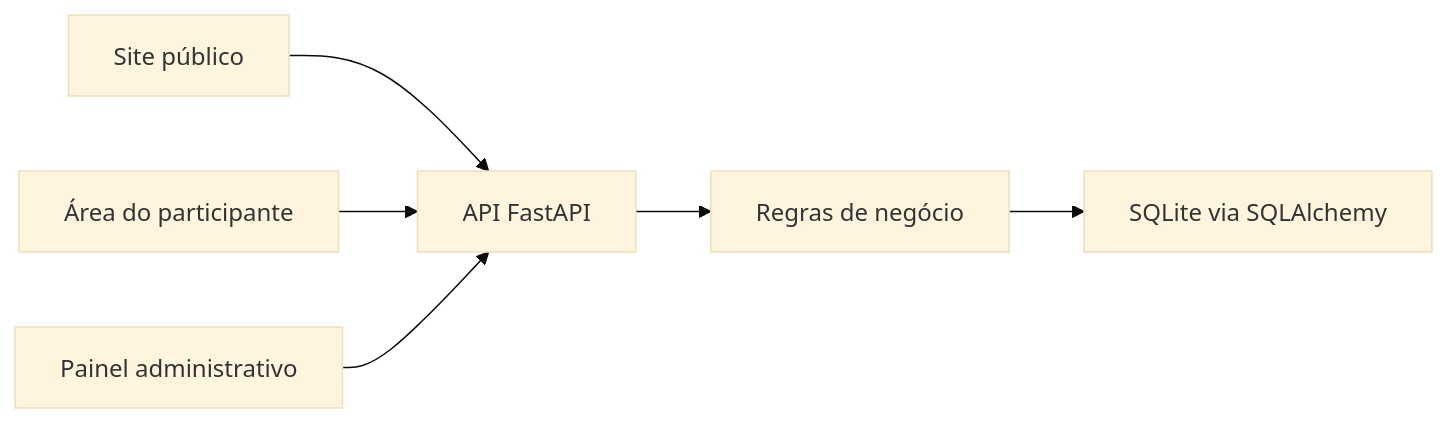
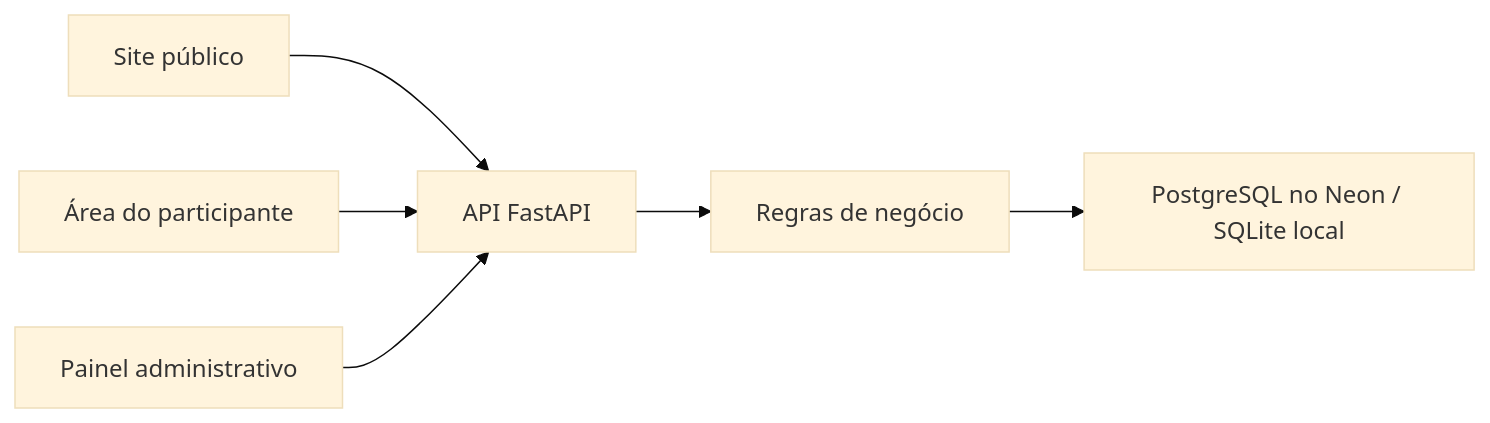
Before and after one commit to LuKeTempestt/FutSystem: the diagram in README.md, drawn with Mermaid (base theme). The commit also changed other lines of this file and 15 other files, not shown here.

````diff
--- a/README.md
+++ b/README.md
@@ -37,8 +38,8 @@
 ```mermaid
 flowchart LR
     Visitante["Site público"] --> API["API FastAPI"]
     Participante["Área do participante"] --> API
     Administrador["Painel administrativo"] --> API
     API --> Regras["Regras de negócio"]
-    Regras --> Banco["SQLite via SQLAlchemy"]
+    Regras --> Banco["PostgreSQL no Neon / SQLite local"]
 ```
````
